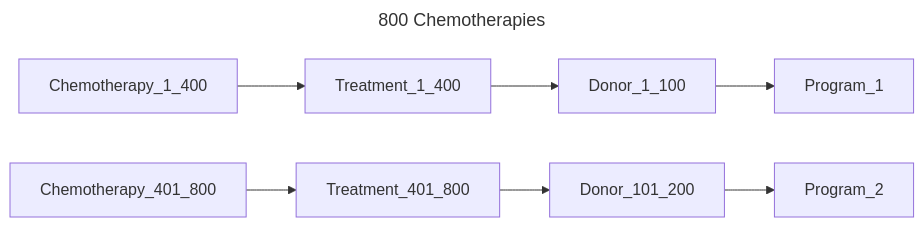
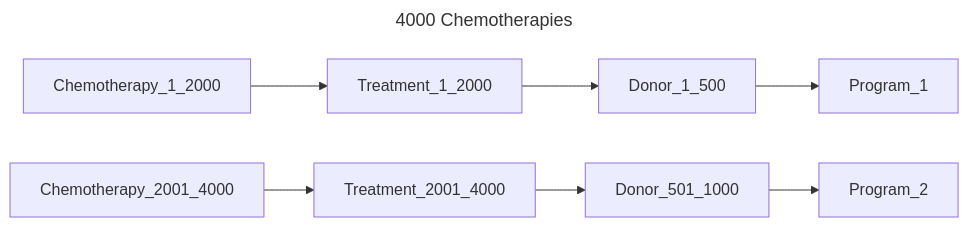
Before and after one commit to bento-platform/katsu: the sixth of 14 diagrams in chord_metadata_service/mohpackets/data/large_dataset/README.md, drawn with Mermaid. The commit also changed other lines of this file, not shown here.

````diff
--- a/chord_metadata_service/mohpackets/data/large_dataset/README.md
+++ b/chord_metadata_service/mohpackets/data/large_dataset/README.md
@@ -102,8 +103,8 @@
 ```mermaid
 ---
-title: 800 Chemotherapies
+title: 4000 Chemotherapies
 ---
 graph LR;  
-  Chemotherapy_1_400 -->  Treatment_1_400 --> Donor_1_100 --> Program_1;
-  Chemotherapy_401_800 -->  Treatment_401_800 --> Donor_101_200 --> Program_2; 
+  Chemotherapy_1_2000 --> Treatment_1_2000 --> Donor_1_500 --> Program_1;
+  Chemotherapy_2001_4000 --> Treatment_2001_4000 --> Donor_501_1000 --> Program_2;
 ```
````
